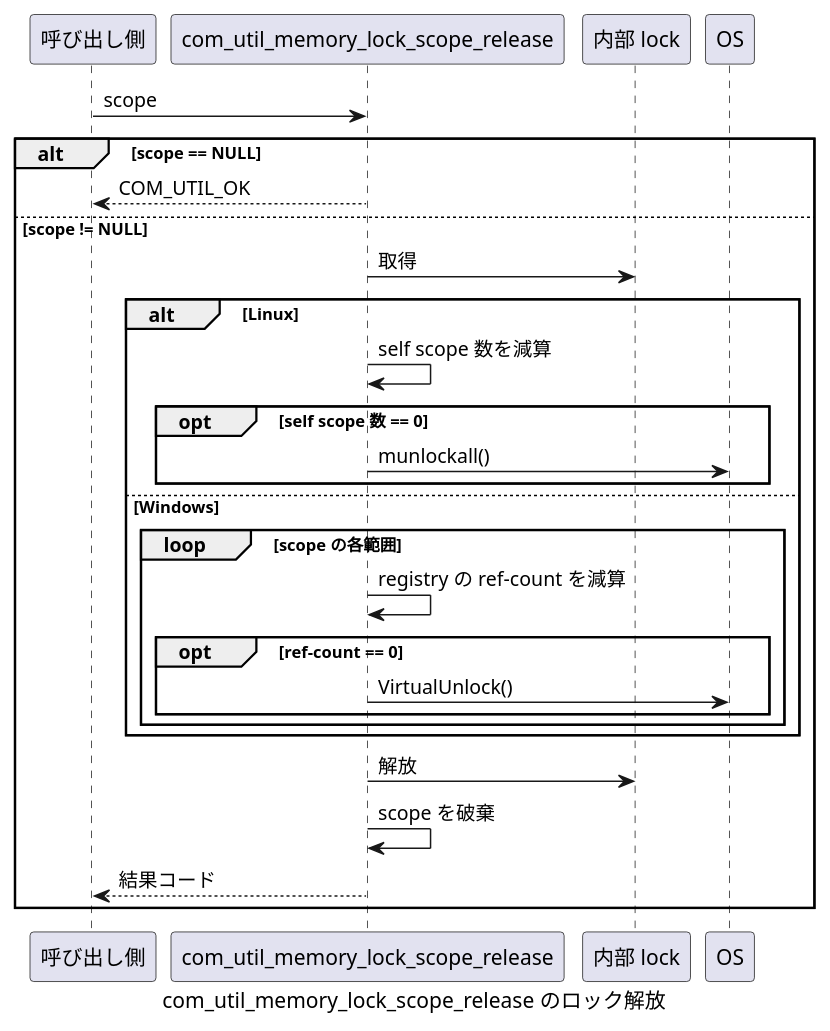
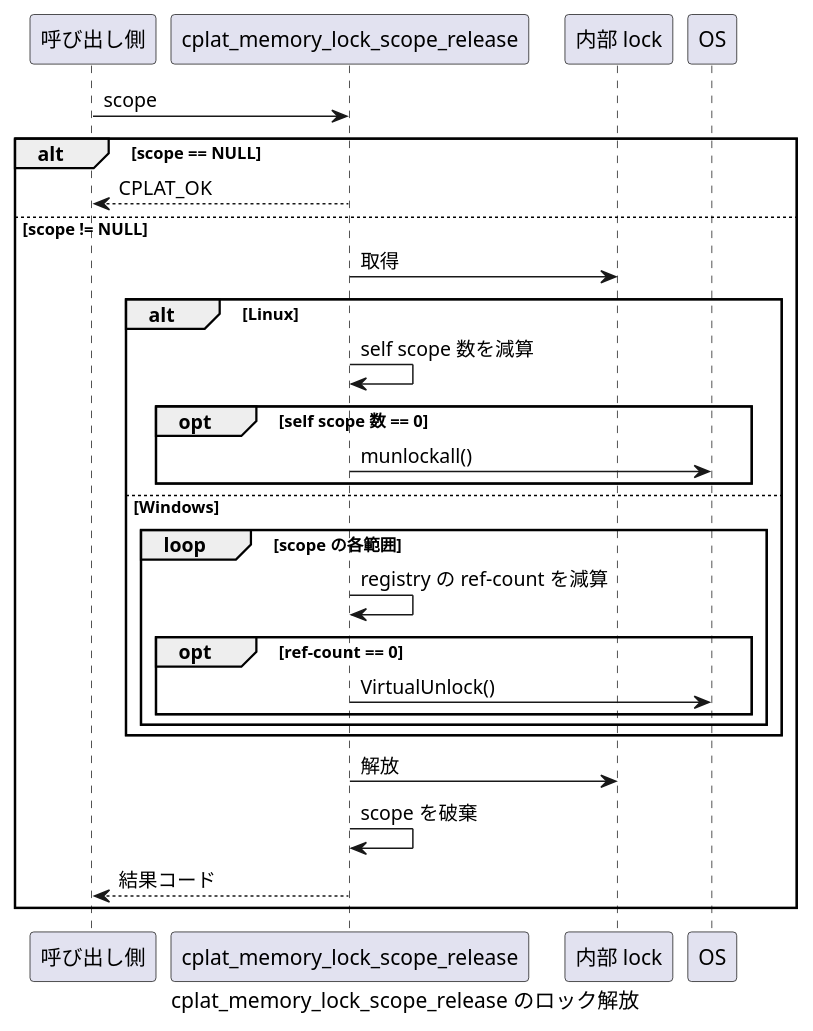
The second of 2 diagrams in docs/memory-lock.md (Hondarer/app_c-platform), drawn with PlantUML before and after one commit. The commit also changed other lines of this file and 1577 other files, not shown here.

````diff
--- a/docs/memory-lock.md
+++ b/docs/memory-lock.md
@@ -130,32 +130,32 @@
 ```plantuml
-@startuml com_util_memory_lock_scope_release のロック解放
-caption com_util_memory_lock_scope_release のロック解放
+@startuml cplat_memory_lock_scope_release のロック解放
+caption cplat_memory_lock_scope_release のロック解放
 participant "呼び出し側" as Caller
-participant "com_util_memory_lock_scope_release" as API
+participant "cplat_memory_lock_scope_release" as API
 participant "内部 lock" as Lock
 participant "OS" as OS
 
 Caller -> API : scope
 alt scope == NULL
-    API --> Caller : COM_UTIL_OK
+    API --> Caller : CPLAT_OK
 else scope != NULL
     API -> Lock : 取得
     alt Linux
         API -> API : self scope 数を減算
         opt self scope 数 == 0
             API -> OS : munlockall()
         end
     else Windows
         loop scope の各範囲
             API -> API : registry の ref-count を減算
             opt ref-count == 0
                 API -> OS : VirtualUnlock()
             end
         end
     end
     API -> Lock : 解放
     API -> API : scope を破棄
     API --> Caller : 結果コード
 end
 @enduml
 ```
````
